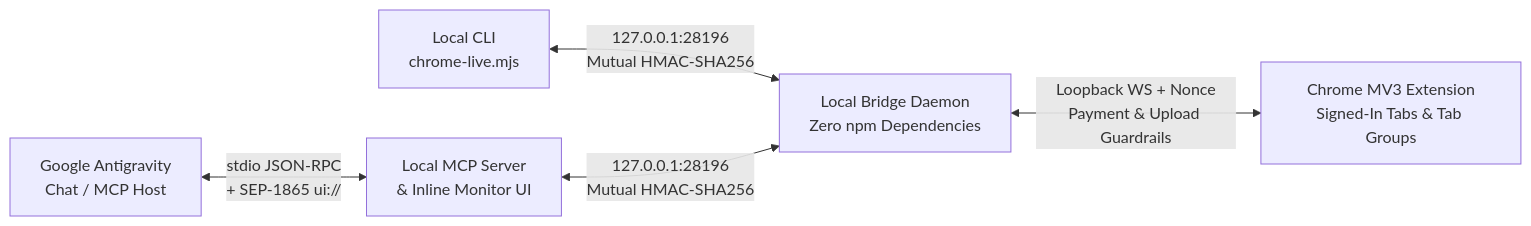
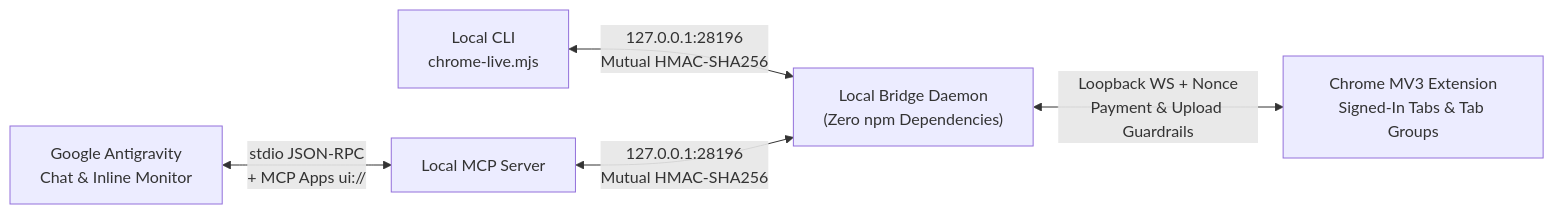
Before and after one commit to CHANPAJN/chrome-live-for-antigravity: the diagram in README.md, drawn with Mermaid. The commit also changed other lines of this file and 1 other file, not shown here.

````diff
--- a/README.md
+++ b/README.md
@@ -51,7 +161,7 @@
 ```mermaid
 flowchart LR
-  AG["Google Antigravity\nChat / MCP Host"] <-->|"stdio JSON-RPC\n+ SEP-1865 ui://"| MCP["Local MCP Server\n& Inline Monitor UI"]
-  CLI["Local CLI\nchrome-live.mjs"] <-->|"127.0.0.1:28196\nMutual HMAC-SHA256"| DMN["Local Bridge Daemon\nZero npm Dependencies"]
+  AG["Google Antigravity\nChat & Inline Monitor"] <-->|"stdio JSON-RPC\n+ MCP Apps ui://"| MCP["Local MCP Server"]
+  CLI["Local CLI\nchrome-live.mjs"] <-->|"127.0.0.1:28196\nMutual HMAC-SHA256"| DMN["Local Bridge Daemon\n(Zero npm Dependencies)"]
   MCP <-->|"127.0.0.1:28196\nMutual HMAC-SHA256"| DMN
   DMN <-->|"Loopback WS + Nonce\nPayment & Upload Guardrails"| EXT["Chrome MV3 Extension\nSigned-In Tabs & Tab Groups"]
 ```
````
